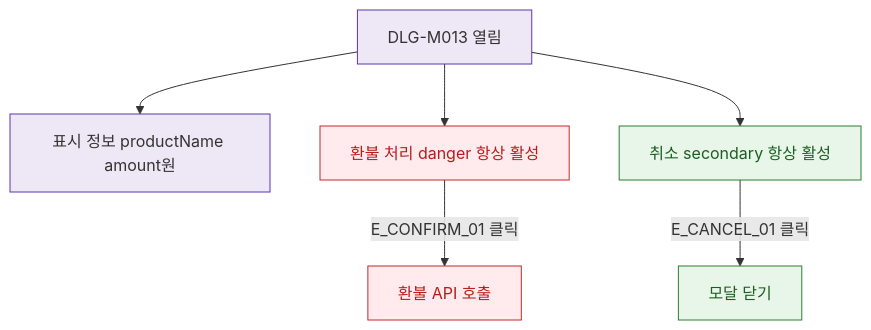
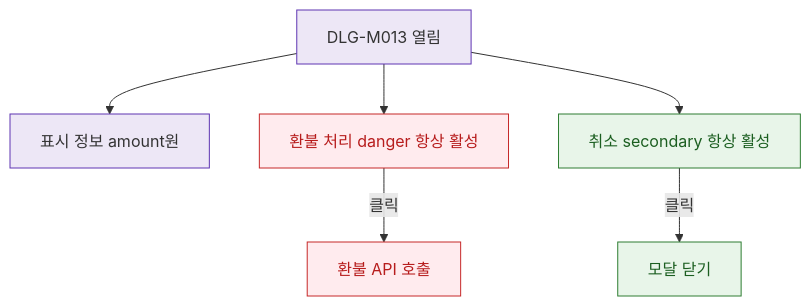
One commit to dev-spogym/admin-pando changed the diagram in docs/다이어그램/D02_회원관리/DLG/DLG-M013_환불처리/M2_필드검증.md. Above: the diagram before and after it, drawn with Mermaid. The commit also changed other lines of this file and 1660 other files, not shown here.

First line of the commit message:
다이어그램: 기획자/클라이언트 납품본으로 정리

````diff
--- a/docs/다이어그램/D02_회원관리/DLG/DLG-M013_환불처리/M2_필드검증.md
+++ b/docs/다이어그램/D02_회원관리/DLG/DLG-M013_환불처리/M2_필드검증.md
@@ -22,19 +20,19 @@
 ```mermaid
 flowchart TD
   DLG[DLG-M013 열림]
 
-  DLG --> INFO[표시 정보 productName amount원]
+  DLG --> INFO[표시 정보 amount원]
   DLG --> BTN_REFUND[환불 처리 danger 항상 활성]
   DLG --> BTN_CANCEL[취소 secondary 항상 활성]
 
-  BTN_REFUND -->|E_CONFIRM_01 클릭| API[환불 API 호출]
-  BTN_CANCEL -->|E_CANCEL_01 클릭| CLOSE[모달 닫기]
+  BTN_REFUND -->|클릭|API[환불 API 호출]
+  BTN_CANCEL -->|클릭|CLOSE[모달 닫기]
 
-  classDef system  fill:#EDE7F6,stroke:#5E35B2
+  classDef system fill:#EDE7F6,stroke:#5E35B2
   classDef success fill:#E8F5E9,stroke:#2E7D32,color:#1B5E20
-  classDef error   fill:#FFEBEE,stroke:#C62828,color:#B71C1C
+  classDef error fill:#FFEBEE,stroke:#C62828,color:#B71C1C
 
   class DLG,INFO system
   class BTN_CANCEL,CLOSE success
   class BTN_REFUND,API error
 ```
````
